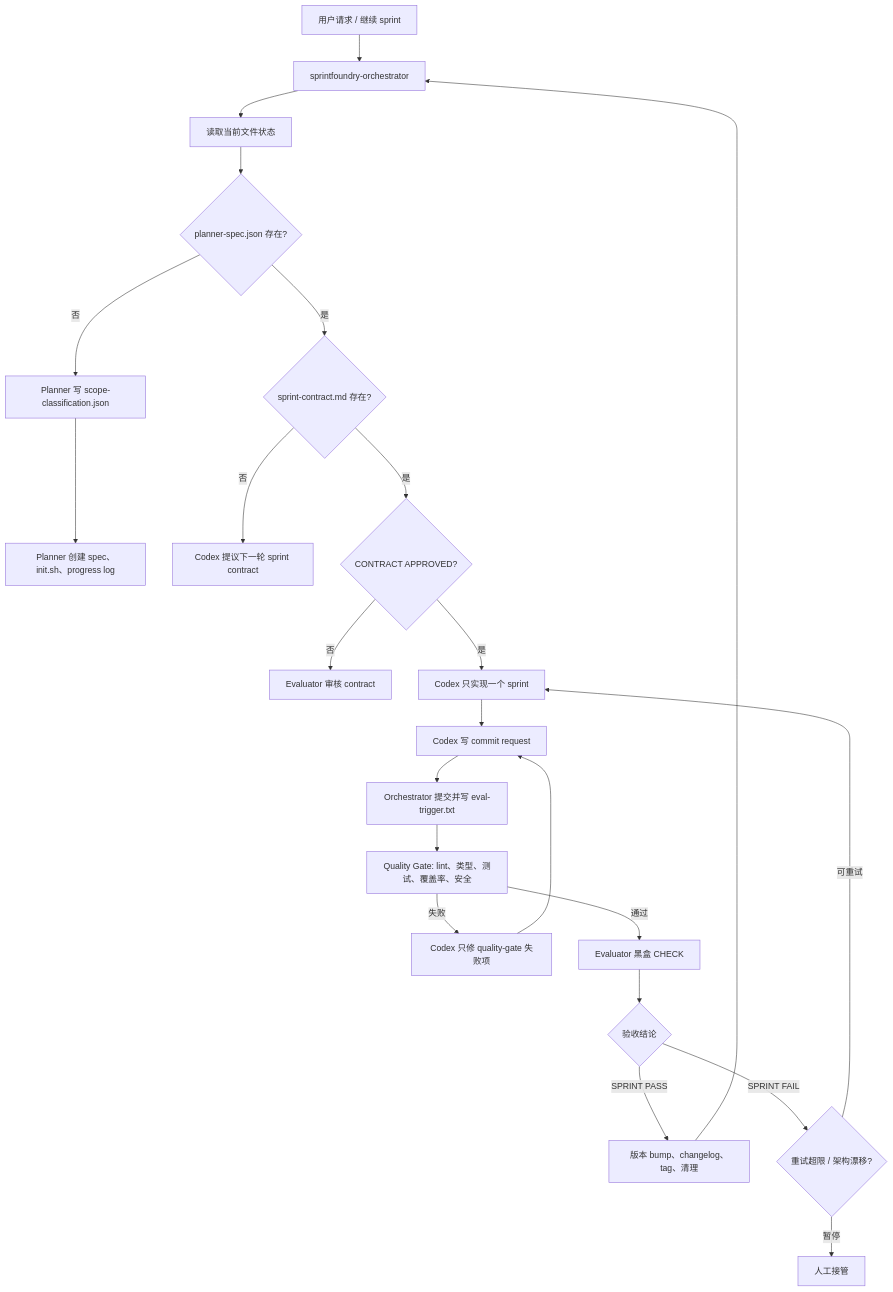
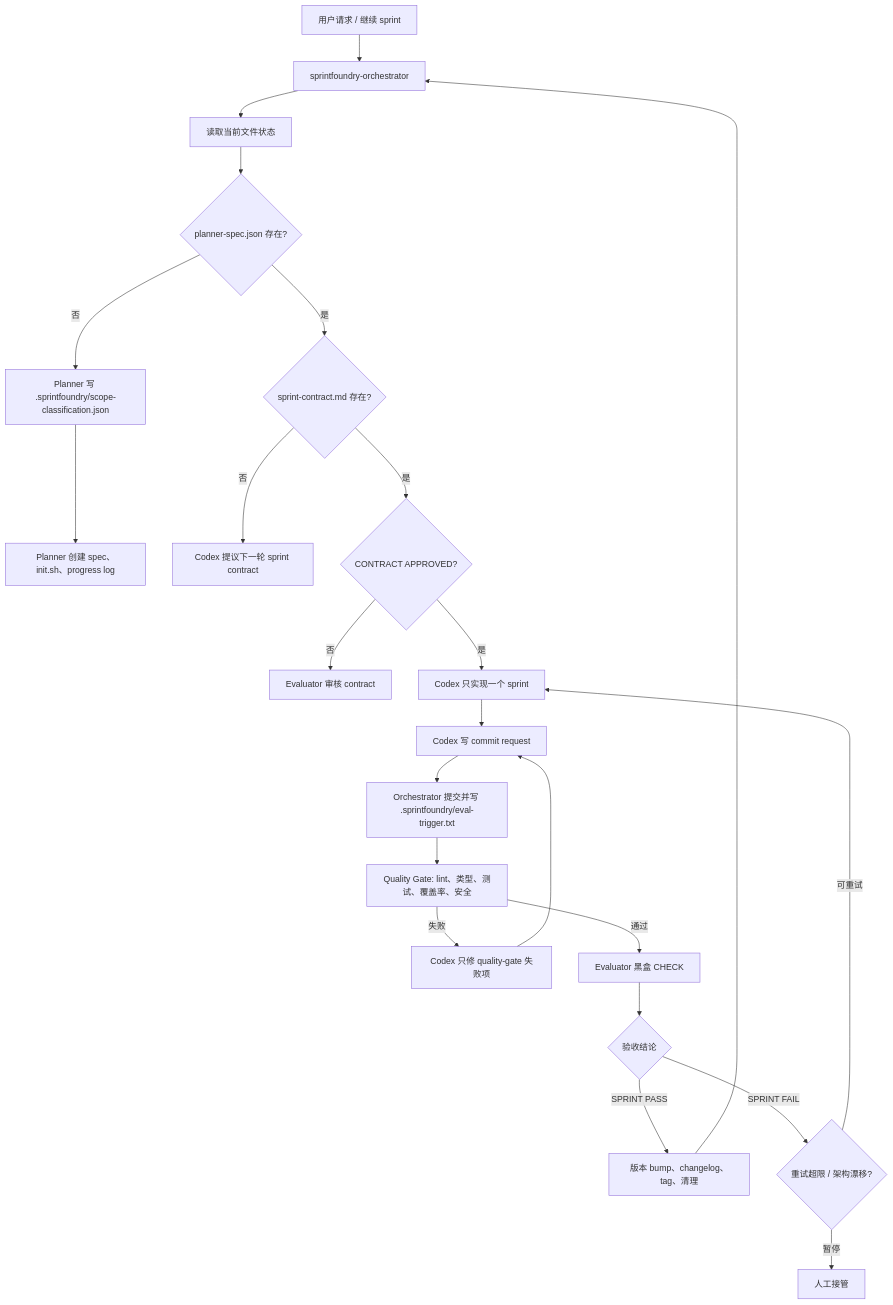
One commit to YuSec2021/sprintfoundry changed the diagram in README.zh-CN.md. Above: the diagram before and after it, drawn with Mermaid. The commit also changed other lines of this file and 23 other files, not shown here.

````diff
--- a/README.zh-CN.md
+++ b/README.zh-CN.md
@@ -79,25 +79,25 @@
 ```mermaid
 flowchart TD
     A["用户请求 / 继续 sprint"] --> O["sprintfoundry-orchestrator"]
     O --> S["读取当前文件状态"]
     S --> P{"planner-spec.json 存在?"}
-    P -- 否 --> SC["Planner 写 scope-classification.json"]
+    P -- 否 --> SC["Planner 写 .sprintfoundry/scope-classification.json"]
     SC --> PL["Planner 创建 spec、init.sh、progress log"]
     P -- 是 --> C{"sprint-contract.md 存在?"}
     C -- 否 --> NC["Codex 提议下一轮 sprint contract"]
     C -- 是 --> A1{"CONTRACT APPROVED?"}
     A1 -- 否 --> CR["Evaluator 审核 contract"]
     A1 -- 是 --> G["Codex 只实现一个 sprint"]
     G --> RQ["Codex 写 commit request"]
-    RQ --> T["Orchestrator 提交并写 eval-trigger.txt"]
+    RQ --> T["Orchestrator 提交并写 .sprintfoundry/eval-trigger.txt"]
     T --> Q["Quality Gate: lint、类型、测试、覆盖率、安全"]
     Q -- 失败 --> QF["Codex 只修 quality-gate 失败项"]
     QF --> RQ
     Q -- 通过 --> E["Evaluator 黑盒 CHECK"]
     E --> R{"验收结论"}
     R -- "SPRINT PASS" --> V["版本 bump、changelog、tag、清理"]
     R -- "SPRINT FAIL" --> F{"重试超限 / 架构漂移?"}
     F -- 可重试 --> G
     F -- 暂停 --> H["人工接管"]
     V --> O
 ```
````
